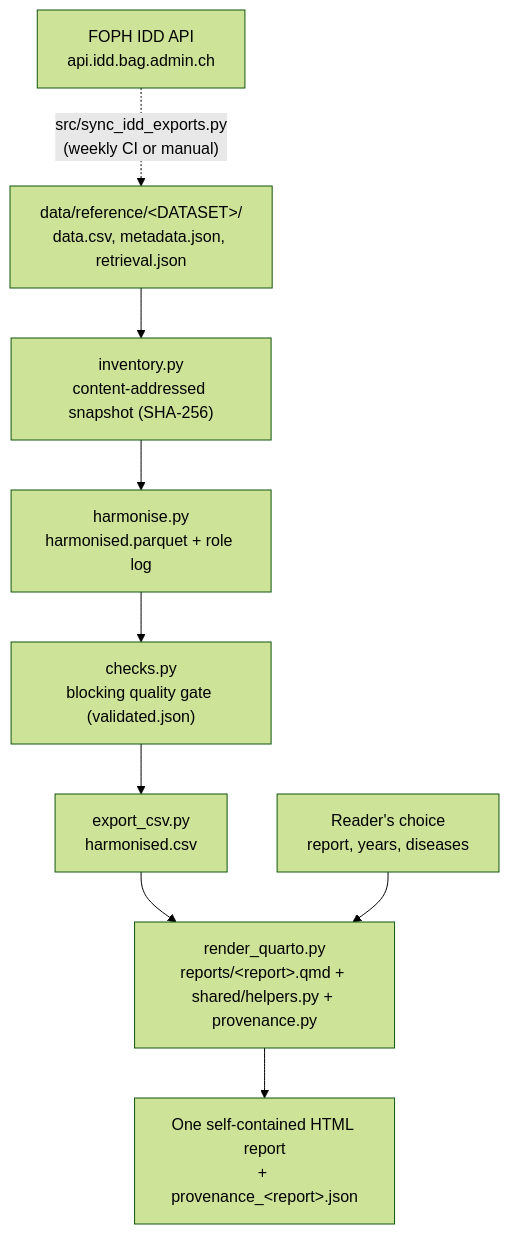
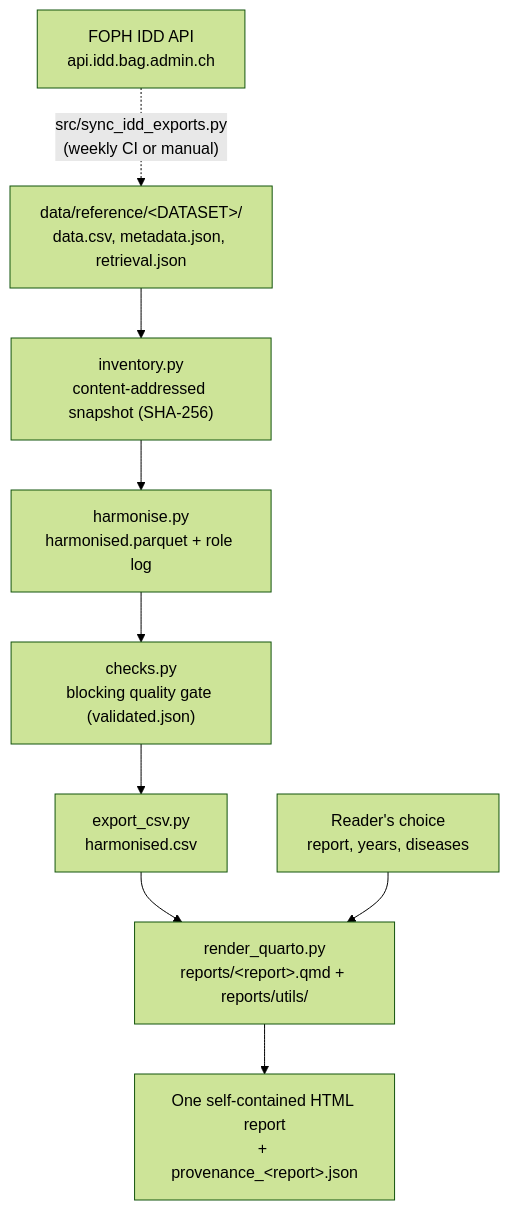
Before and after one commit to ODESA-OpSciHack26/Health_Report_Generator: the diagram in docs/architecture.md, drawn with Mermaid (forest theme). The commit also changed other lines of this file and 33 other files, not shown here.

````diff
--- a/docs/architecture.md
+++ b/docs/architecture.md
@@ -5,11 +5,11 @@
 ```mermaid
 flowchart TD
   API["FOPH IDD API<br/>api.idd.bag.admin.ch"] -. "src/sync_idd_exports.py<br/>(weekly CI or manual)" .-> REF["data/reference/&lt;DATASET&gt;/<br/>data.csv, metadata.json, retrieval.json"]
   REF --> INV["inventory.py<br/>content-addressed snapshot (SHA-256)"]
   INV --> HAR["harmonise.py<br/>harmonised.parquet + role log"]
   HAR --> CHK["checks.py<br/>blocking quality gate (validated.json)"]
   CHK --> CSV["export_csv.py<br/>harmonised.csv"]
-  CSV --> REN["render_quarto.py<br/>reports/&lt;report&gt;.qmd + shared/helpers.py + provenance.py"]
+  CSV --> REN["render_quarto.py<br/>reports/&lt;report&gt;.qmd + reports/utils/"]
   SEL["Reader's choice<br/>report, years, diseases"] --> REN
   REN --> OUT["One self-contained HTML report<br/>+ provenance_&lt;report&gt;.json"]
 ```
````
